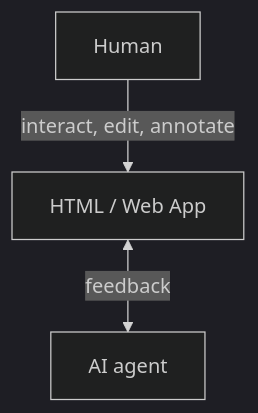
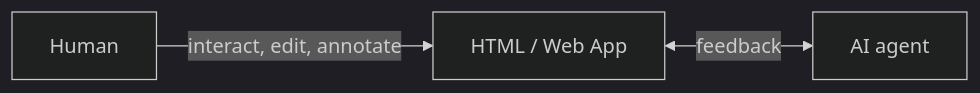
The diagram in README.md (souljorje/humagent), drawn with Mermaid (dark theme) before and after one commit. The commit also changed other lines of this file and 1 other file, not shown here.

Commit message:
add image

````diff
--- a/README.md
+++ b/README.md
@@ -10,8 +10,8 @@
 ```mermaid
-flowchart TB
+flowchart LR
   I["HTML / Web App"]
   A["AI agent"]
   H["Human"]
   I <-->|"feedback"| A
   H -->|"interact, edit, annotate"| I
 ```
````
